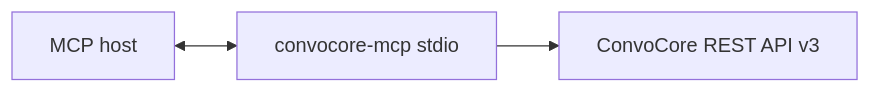
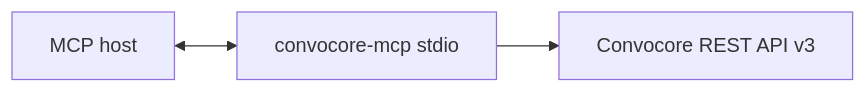
The diagram in README.md (Moe03/convocore-mcp), drawn with Mermaid before and after one commit. The commit also changed other lines of this file and 27 other files, not shown here.

````diff
--- a/README.md
+++ b/README.md
@@ -45,8 +45,8 @@
 ```mermaid
 flowchart LR
   Host[MCP host]
   MCP[convocore-mcp stdio]
-  API[ConvoCore REST API v3]
+  API[Convocore REST API v3]
   Host <--> MCP
   MCP --> API
 ```
````
